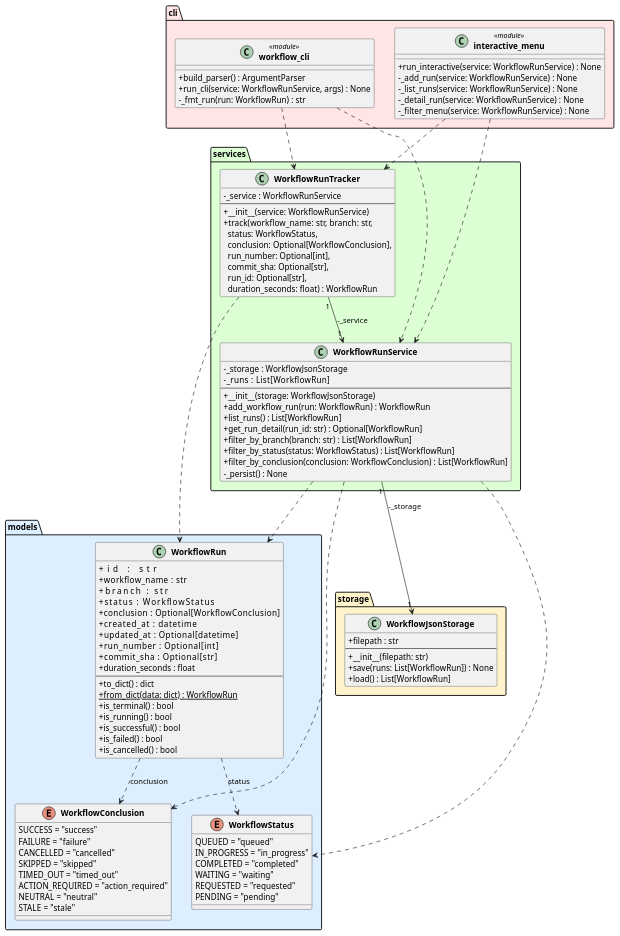
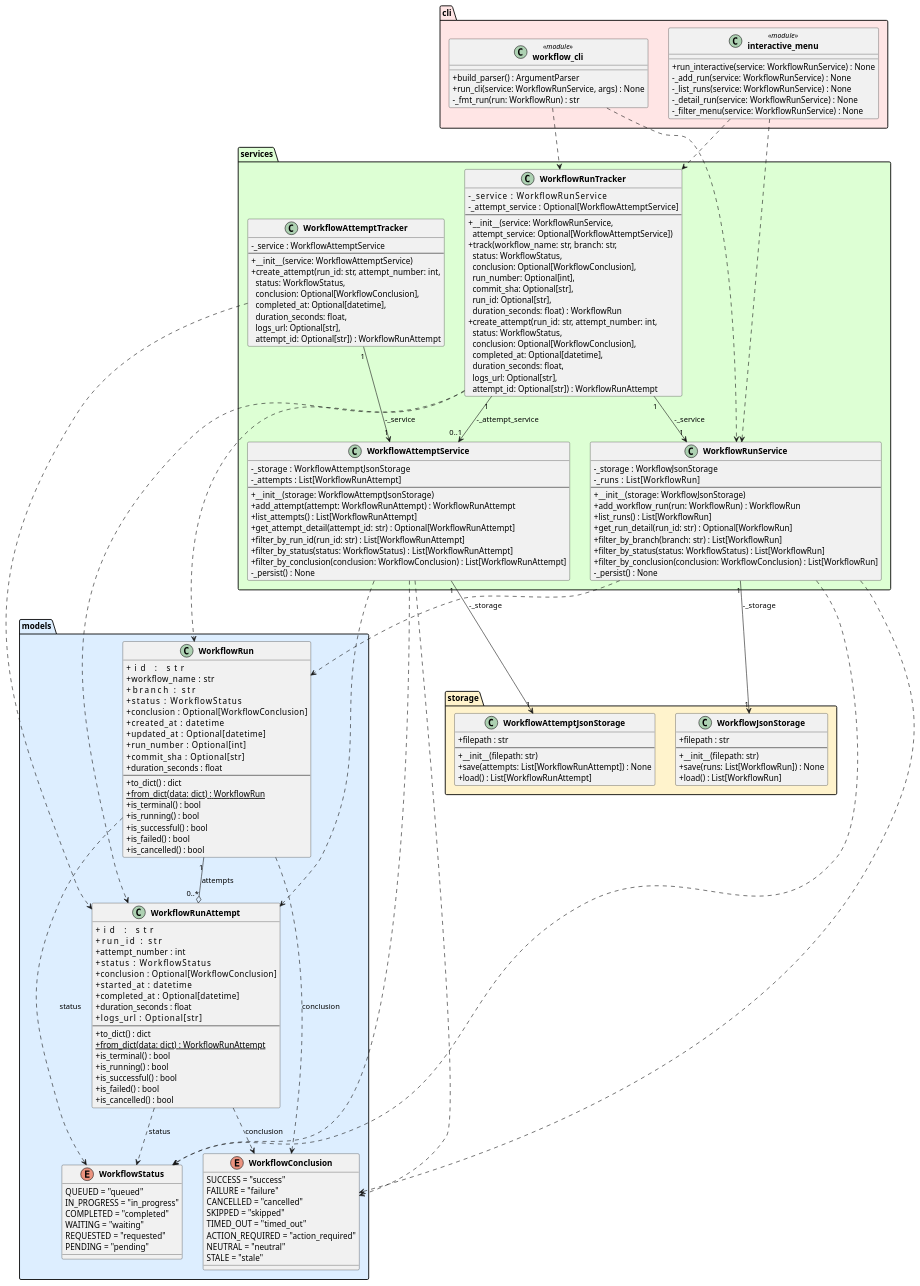
One commit to DanielRiha8906/Software_autoevolution_using_agents changed the diagram in experiments/pipeline/structured_text/github-workflow-manager/artifacts/class_diagram.puml. Above: the diagram before and after it, drawn with PlantUML. The commit also changed 18 other files, not shown here.

```diff
--- a/experiments/pipeline/structured_text/github-workflow-manager/artifacts/class_diagram.puml
+++ b/experiments/pipeline/structured_text/github-workflow-manager/artifacts/class_diagram.puml
@@ -1,111 +1,182 @@
 @startuml class_diagram
 
 skinparam classAttributeIconSize 0
 skinparam classFontStyle bold
 
 package "models" #DDEEFF {
     enum WorkflowStatus {
         QUEUED = "queued"
         IN_PROGRESS = "in_progress"
         COMPLETED = "completed"
         WAITING = "waiting"
         REQUESTED = "requested"
         PENDING = "pending"
     }
 
     enum WorkflowConclusion {
         SUCCESS = "success"
         FAILURE = "failure"
         CANCELLED = "cancelled"
         SKIPPED = "skipped"
         TIMED_OUT = "timed_out"
         ACTION_REQUIRED = "action_required"
         NEUTRAL = "neutral"
         STALE = "stale"
     }
 
     class WorkflowRun {
         +id               : str
         +workflow_name    : str
         +branch           : str
         +status           : WorkflowStatus
         +conclusion       : Optional[WorkflowConclusion]
         +created_at       : datetime
         +updated_at       : Optional[datetime]
         +run_number       : Optional[int]
         +commit_sha       : Optional[str]
         +duration_seconds : float
         --
         +to_dict() : dict
         +{static} from_dict(data: dict) : WorkflowRun
         +is_terminal() : bool
         +is_running() : bool
         +is_successful() : bool
         +is_failed() : bool
         +is_cancelled() : bool
     }
+
+    class WorkflowRunAttempt {
+        +id               : str
+        +run_id           : str
+        +attempt_number   : int
+        +status           : WorkflowStatus
+        +conclusion       : Optional[WorkflowConclusion]
+        +started_at       : datetime
+        +completed_at     : Optional[datetime]
+        +duration_seconds : float
+        +logs_url         : Optional[str]
+        --
+        +to_dict() : dict
+        +{static} from_dict(data: dict) : WorkflowRunAttempt
+        +is_terminal() : bool
+        +is_running() : bool
+        +is_successful() : bool
+        +is_failed() : bool
+        +is_cancelled() : bool
+    }
 }
 
 package "storage" #FFF3CC {
     class WorkflowJsonStorage {
         +filepath : str
         --
         +__init__(filepath: str)
         +save(runs: List[WorkflowRun]) : None
         +load() : List[WorkflowRun]
+    }
+
+    class WorkflowAttemptJsonStorage {
+        +filepath : str
+        --
+        +__init__(filepath: str)
+        +save(attempts: List[WorkflowRunAttempt]) : None
+        +load() : List[WorkflowRunAttempt]
     }
 }
 
 package "services" #DDFFD4 {
     class WorkflowRunService {
         -_storage : WorkflowJsonStorage
         -_runs    : List[WorkflowRun]
         --
         +__init__(storage: WorkflowJsonStorage)
         +add_workflow_run(run: WorkflowRun) : WorkflowRun
         +list_runs() : List[WorkflowRun]
         +get_run_detail(run_id: str) : Optional[WorkflowRun]
         +filter_by_branch(branch: str) : List[WorkflowRun]
         +filter_by_status(status: WorkflowStatus) : List[WorkflowRun]
         +filter_by_conclusion(conclusion: WorkflowConclusion) : List[WorkflowRun]
         -_persist() : None
     }
 
+    class WorkflowAttemptService {
+        -_storage   : WorkflowAttemptJsonStorage
+        -_attempts  : List[WorkflowRunAttempt]
+        --
+        +__init__(storage: WorkflowAttemptJsonStorage)
+        +add_attempt(attempt: WorkflowRunAttempt) : WorkflowRunAttempt
+        +list_attempts() : List[WorkflowRunAttempt]
+        +get_attempt_detail(attempt_id: str) : Optional[WorkflowRunAttempt]
+        +filter_by_run_id(run_id: str) : List[WorkflowRunAttempt]
+        +filter_by_status(status: WorkflowStatus) : List[WorkflowRunAttempt]
+        +filter_by_conclusion(conclusion: WorkflowConclusion) : List[WorkflowRunAttempt]
+        -_persist() : None
+    }
+
     class WorkflowRunTracker {
-        -_service : WorkflowRunService
+        -_service           : WorkflowRunService
+        -_attempt_service   : Optional[WorkflowAttemptService]
         --
-        +__init__(service: WorkflowRunService)
+        +__init__(service: WorkflowRunService,\n  attempt_service: Optional[WorkflowAttemptService])
         +track(workflow_name: str, branch: str,\n  status: WorkflowStatus,\n  conclusion: Optional[WorkflowConclusion],\n  run_number: Optional[int],\n  commit_sha: Optional[str],\n  run_id: Optional[str],\n  duration_seconds: float) : WorkflowRun
+        +create_attempt(run_id: str, attempt_number: int,\n  status: WorkflowStatus,\n  conclusion: Optional[WorkflowConclusion],\n  completed_at: Optional[datetime],\n  duration_seconds: float,\n  logs_url: Optional[str],\n  attempt_id: Optional[str]) : WorkflowRunAttempt
+    }
+
+    class WorkflowAttemptTracker {
+        -_service : WorkflowAttemptService
+        --
+        +__init__(service: WorkflowAttemptService)
+        +create_attempt(run_id: str, attempt_number: int,\n  status: WorkflowStatus,\n  conclusion: Optional[WorkflowConclusion],\n  completed_at: Optional[datetime],\n  duration_seconds: float,\n  logs_url: Optional[str],\n  attempt_id: Optional[str]) : WorkflowRunAttempt
     }
 }
 
 package "cli" #FFE5E5 {
     class "workflow_cli" <<module>> {
         +build_parser() : ArgumentParser
         +run_cli(service: WorkflowRunService, args) : None
         -_fmt_run(run: WorkflowRun) : str
     }
 
     class "interactive_menu" <<module>> {
         +run_interactive(service: WorkflowRunService) : None
         -_add_run(service: WorkflowRunService) : None
         -_list_runs(service: WorkflowRunService) : None
         -_detail_run(service: WorkflowRunService) : None
         -_filter_menu(service: WorkflowRunService) : None
     }
 }
 
+' Domain model relationships
 WorkflowRun                ..>  WorkflowStatus        : status
 WorkflowRun                ..>  WorkflowConclusion    : conclusion
-WorkflowRunService    "1" --> "1" WorkflowJsonStorage : -_storage
+WorkflowRunAttempt         ..>  WorkflowStatus        : status
+WorkflowRunAttempt         ..>  WorkflowConclusion    : conclusion
+WorkflowRun          "1" --o "0..*" WorkflowRunAttempt : attempts
+
+' Storage relationships
+WorkflowRunService         "1" --> "1" WorkflowJsonStorage : -_storage
+WorkflowAttemptService     "1" --> "1" WorkflowAttemptJsonStorage : -_storage
+
+' Service relationships
 WorkflowRunService         ..>  WorkflowRun
 WorkflowRunService         ..>  WorkflowStatus
 WorkflowRunService         ..>  WorkflowConclusion
-WorkflowRunTracker    "1" --> "1" WorkflowRunService  : -_service
+WorkflowAttemptService     ..>  WorkflowRunAttempt
+WorkflowAttemptService     ..>  WorkflowStatus
+WorkflowAttemptService     ..>  WorkflowConclusion
+
+' Tracker relationships
+WorkflowRunTracker         "1" --> "1" WorkflowRunService  : -_service
+WorkflowRunTracker         "1" --> "0..1" WorkflowAttemptService : -_attempt_service
 WorkflowRunTracker         ..>  WorkflowRun
+WorkflowRunTracker         ..>  WorkflowRunAttempt
+WorkflowAttemptTracker     "1" --> "1" WorkflowAttemptService : -_service
+WorkflowAttemptTracker     ..>  WorkflowRunAttempt
+
+' CLI relationships
 "workflow_cli"             ..>  WorkflowRunService
 "workflow_cli"             ..>  WorkflowRunTracker
 "interactive_menu"         ..>  WorkflowRunService
 "interactive_menu"         ..>  WorkflowRunTracker
 
 @enduml
```
